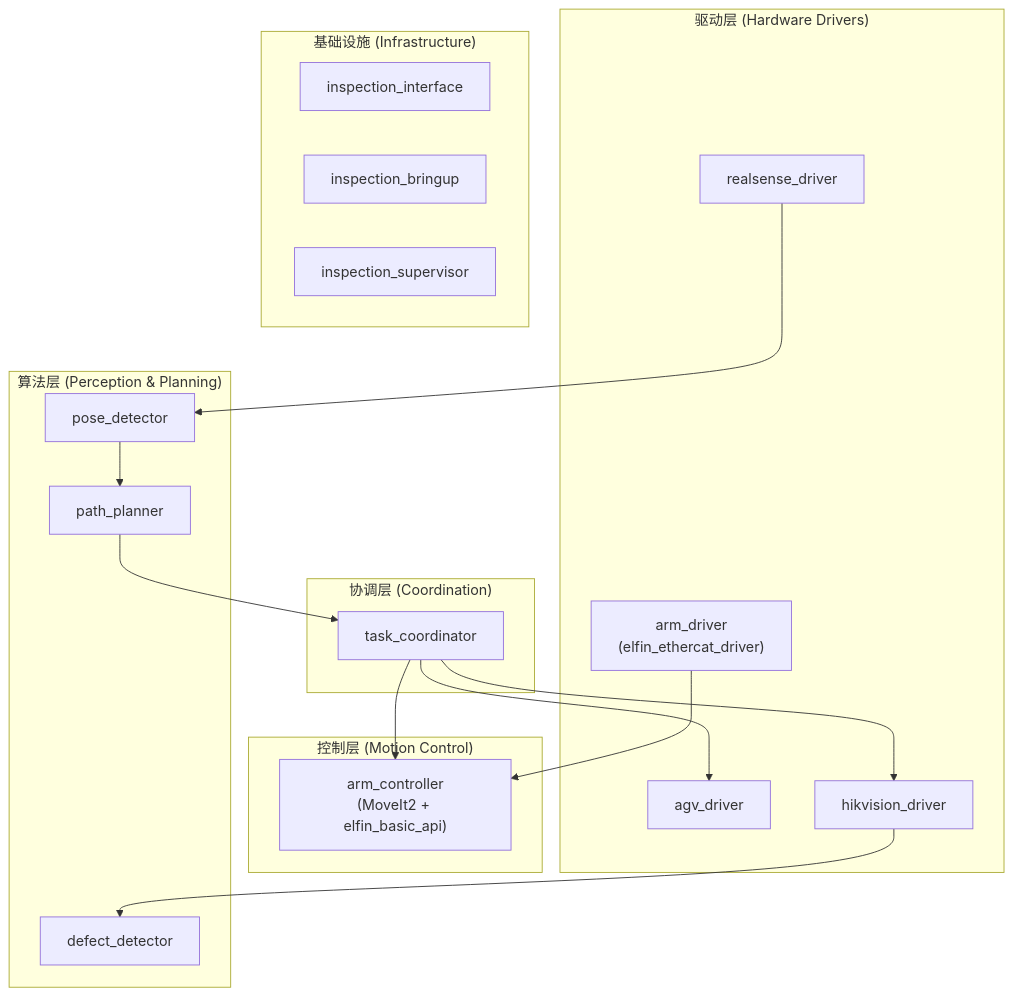
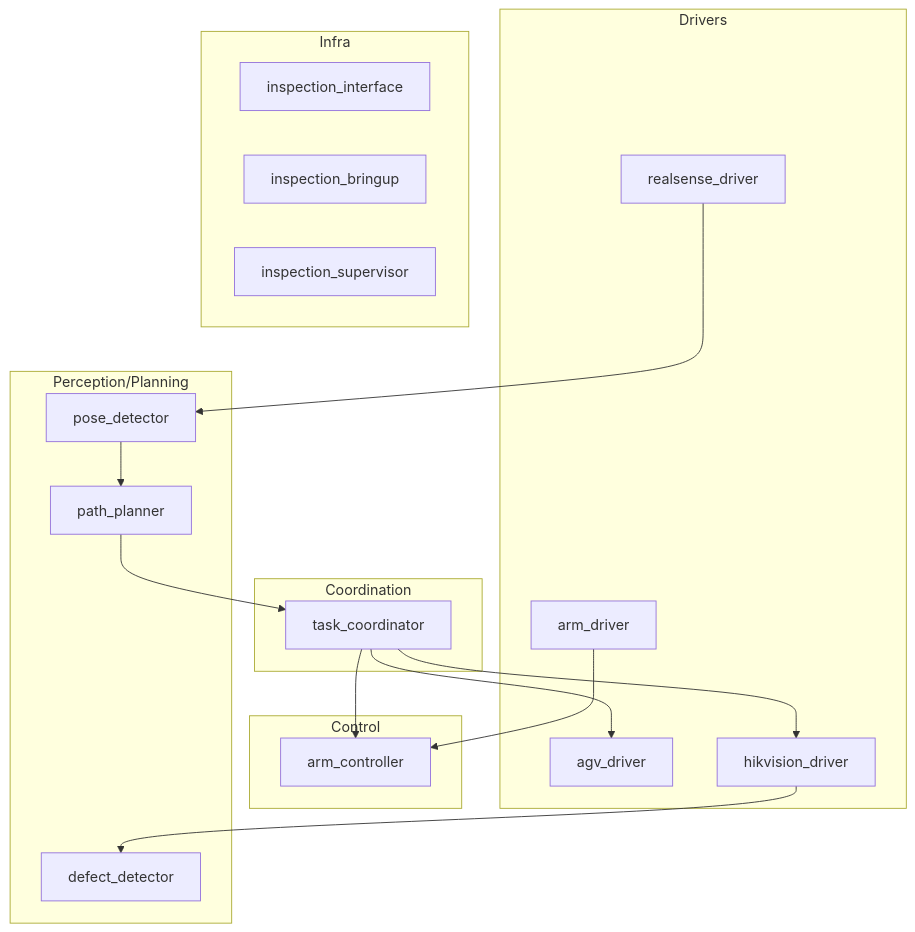
Before and after one commit to Misaka21/inspection-robot: the diagram in README.md, drawn with Mermaid. The commit also changed other lines of this file and 1 other file, not shown here.

````diff
--- a/README.md
+++ b/README.md
@@ -131,38 +75,38 @@
 ```mermaid
 flowchart TB
-  subgraph 驱动层["驱动层 (Hardware Drivers)"]
+  subgraph Drivers["Drivers"]
     D1["agv_driver"]
-    D2["arm_driver<br/>(elfin_ethercat_driver)"]
+    D2["arm_driver"]
     D3["realsense_driver"]
     D4["hikvision_driver"]
   end
 
-  subgraph 控制层["控制层 (Motion Control)"]
-    C1["arm_controller<br/>(MoveIt2 + elfin_basic_api)"]
+  subgraph Control["Control"]
+    C1["arm_controller"]
   end
 
-  subgraph 算法层["算法层 (Perception & Planning)"]
+  subgraph Algo["Perception/Planning"]
     A1["pose_detector"]
     A2["path_planner"]
     A3["defect_detector"]
   end
 
-  subgraph 协调层["协调层 (Coordination)"]
+  subgraph Coord["Coordination"]
     CO1["task_coordinator"]
   end
 
-  subgraph 基础设施["基础设施 (Infrastructure)"]
+  subgraph Infra["Infra"]
     I1["inspection_interface"]
     I2["inspection_bringup"]
     I3["inspection_supervisor"]
   end
 
   D3 --> A1
   D4 --> A3
   A1 --> A2
   A2 --> CO1
   D2 --> C1
   CO1 --> D1
   CO1 --> C1
   CO1 --> D4
 ```
````
